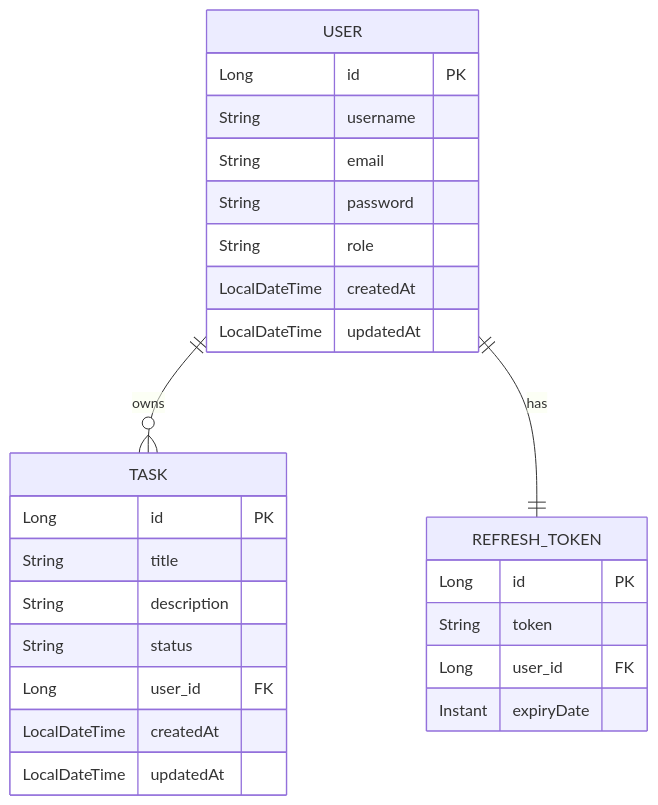
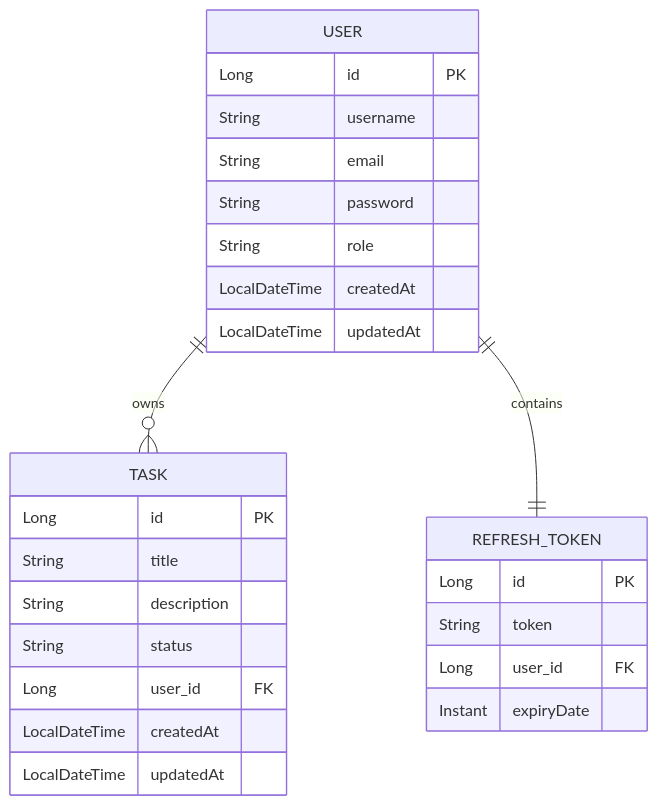
The fourth of 4 diagrams in README.md (huenguyenkim/Taskflow), drawn with Mermaid before and after one commit. The commit also changed other lines of this file, not shown here.

````diff
--- a/README.md
+++ b/README.md
@@ -192,33 +193,33 @@
 ```mermaid
 erDiagram
 
     USER ||--o{ TASK : owns
-    USER ||--|| REFRESH_TOKEN : has
+    USER ||--|| REFRESH_TOKEN : contains
 
     USER {
         Long id PK
         String username
         String email
         String password
         String role
         LocalDateTime createdAt
         LocalDateTime updatedAt
     }
 
     TASK {
         Long id PK
         String title
         String description
         String status
         Long user_id FK
         LocalDateTime createdAt
         LocalDateTime updatedAt
     }
 
     REFRESH_TOKEN {
         Long id PK
         String token
         Long user_id FK
         Instant expiryDate
     }
 ```
````
